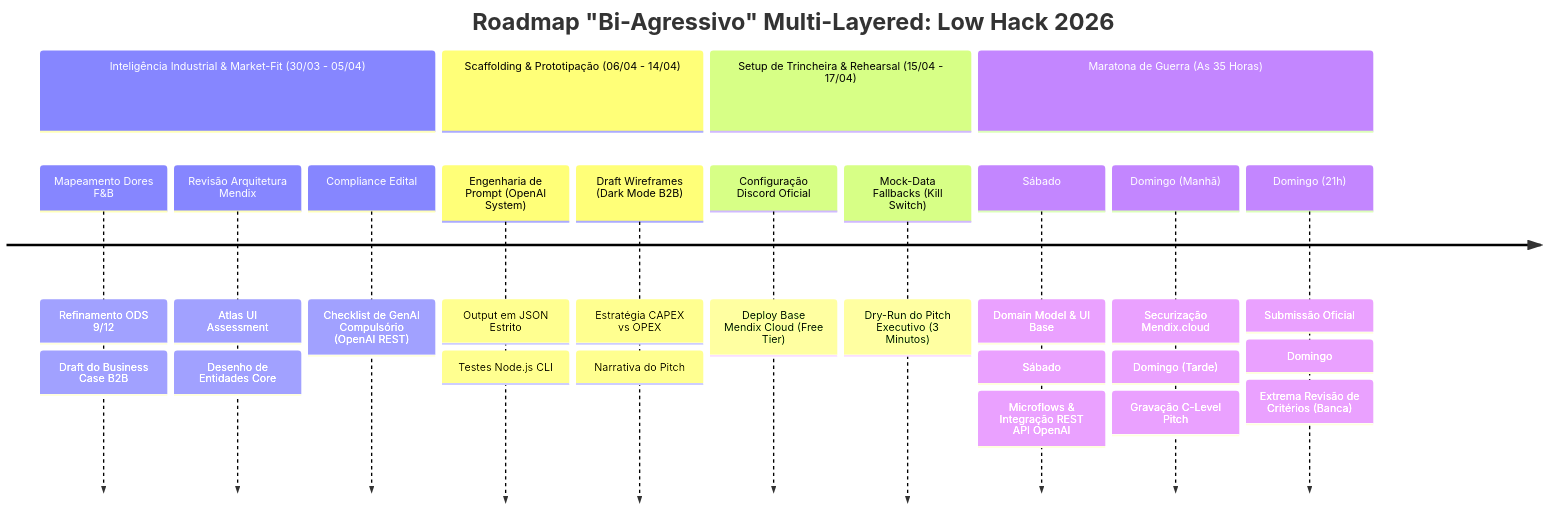
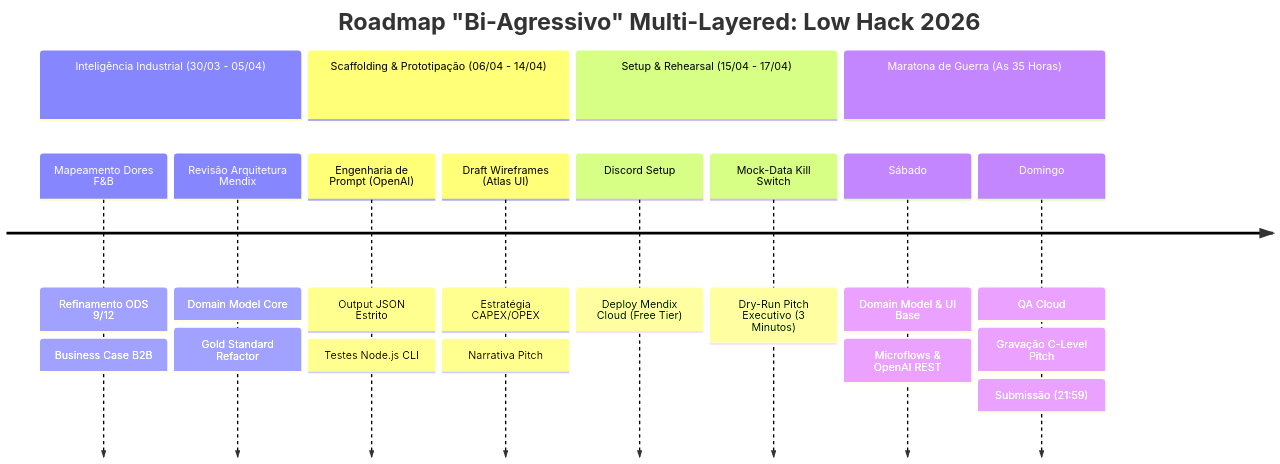
Before and after one commit to matheusmendes720/waste-guardian_lowhack-contest: the diagram in base/note-index.md, drawn with Mermaid. The commit also changed other lines of this file and 122 other files, not shown here.

Commit message:
docs: localiza e sincroniza documentação Gold Standard (README e ÍNDICE MESTRE) em PT-BR

````diff
--- a/base/note-index.md
+++ b/base/note-index.md
@@ -29,18 +27,16 @@
 ```mermaid
 timeline
     title Roadmap "Bi-Agressivo" Multi-Layered: Low Hack 2026
-    section Inteligência Industrial & Market-Fit (30/03 - 05/04)
-        Mapeamento Dores F&B : Refinamento ODS 9/12 : Draft do Business Case B2B
-        Revisão Arquitetura Mendix : Atlas UI Assessment : Desenho de Entidades Core
-        Compliance Edital : Checklist de GenAI Compulsório (OpenAI REST)
+    section Inteligência Industrial (30/03 - 05/04)
+        Mapeamento Dores F&B : Refinamento ODS 9/12 : Business Case B2B
+        Revisão Arquitetura Mendix : Domain Model Core : Gold Standard Refactor
     section Scaffolding & Prototipação (06/04 - 14/04)
-        Engenharia de Prompt (OpenAI System) : Output em JSON Estrito : Testes Node.js CLI
-        Draft Wireframes (Dark Mode B2B) : Estratégia CAPEX vs OPEX : Narrativa do Pitch
-    section Setup de Trincheira & Rehearsal (15/04 - 17/04)
-        Configuração Discord Oficial : Deploy Base Mendix Cloud (Free Tier)
-        Mock-Data Fallbacks (Kill Switch) : Dry-Run do Pitch Executivo (3 Minutos)
+        Engenharia de Prompt (OpenAI) : Output JSON Estrito : Testes Node.js CLI
+        Draft Wireframes (Atlas UI) : Estratégia CAPEX/OPEX : Narrativa Pitch
+    section Setup & Rehearsal (15/04 - 17/04)
+        Discord Setup : Deploy Mendix Cloud (Free Tier)
+        Mock-Data Kill Switch : Dry-Run Pitch Executivo (3 Minutos)
     section Maratona de Guerra (As 35 Horas)
-        Sábado: Domain Model & UI Base : Sábado: Microflows & Integração REST API OpenAI
-        Domingo (Manhã): Securização Mendix.cloud : Domingo (Tarde): Gravação C-Level Pitch
-        Domingo (21h): Submissão Oficial : Domingo: Extrema Revisão de Critérios (Banca)
+        Sábado: Domain Model & UI Base : Microflows & OpenAI REST
+        Domingo: QA Cloud : Gravação C-Level Pitch : Submissão (21:59)
 ```
````
